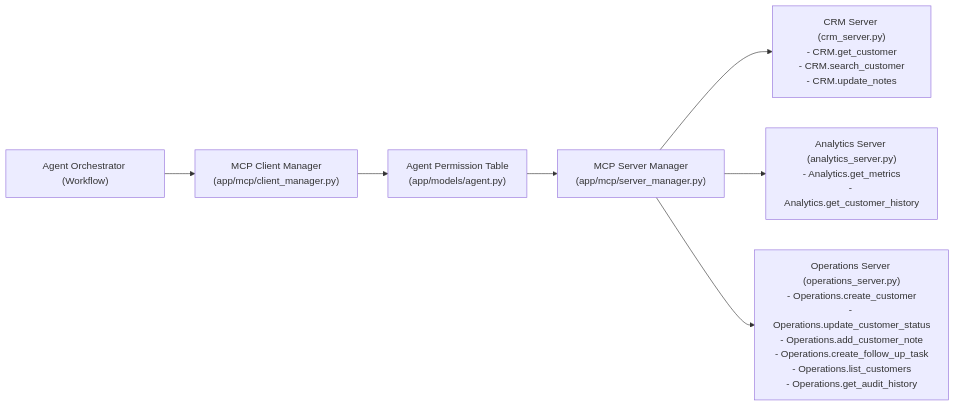
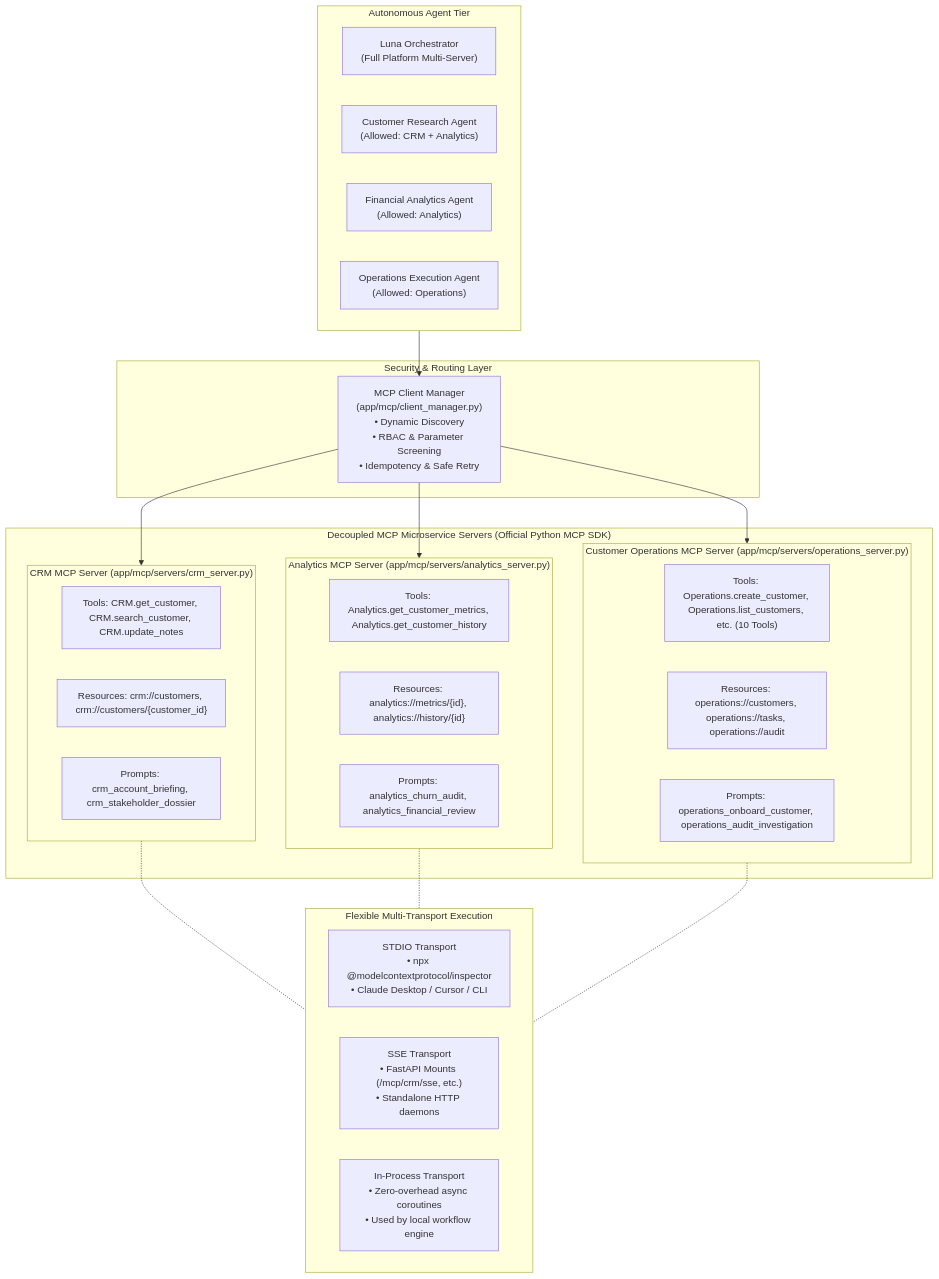
Before and after one commit to amanthakur3806-afk/update-project: the second of 13 diagrams in ai.md, drawn with Mermaid. The commit also changed other lines of this file and 46 other files, not shown here.

````diff
--- a/ai.md
+++ b/ai.md
@@ -162,10 +167,49 @@
 ```mermaid
-flowchart LR
-    Agent["Agent Orchestrator (Workflow)"] --> ClientMgr["MCP Client Manager\n(app/mcp/client_manager.py)"]
-    ClientMgr --> Permissions["Agent Permission Table\n(app/models/agent.py)"]
-    Permissions --> ServerMgr["MCP Server Manager\n(app/mcp/server_manager.py)"]
-    
-    ServerMgr --> CRM["CRM Server (crm_server.py)\n- CRM.get_customer\n- CRM.search_customer\n- CRM.update_notes"]
-    ServerMgr --> Analytics["Analytics Server (analytics_server.py)\n- Analytics.get_metrics\n- Analytics.get_customer_history"]
-    ServerMgr --> Operations["Operations Server (operations_server.py)\n- Operations.create_customer\n- Operations.update_customer_status\n- Operations.add_customer_note\n- Operations.create_follow_up_task\n- Operations.list_customers\n- Operations.get_audit_history"]
+flowchart TD
+    subgraph MultiAgent["Autonomous Agent Tier"]
+        Luna["Luna Orchestrator\n(Full Platform Multi-Server)"]
+        ResearchAgent["Customer Research Agent\n(Allowed: CRM + Analytics)"]
+        FinanceAgent["Financial Analytics Agent\n(Allowed: Analytics)"]
+        OpsAgent["Operations Execution Agent\n(Allowed: Operations)"]
+    end
+
+    subgraph SecurityTier["Security & Routing Layer"]
+        ClientMgr["MCP Client Manager\n(app/mcp/client_manager.py)\n• Dynamic Discovery\n• RBAC & Parameter Screening\n• Idempotency & Safe Retry"]
+    end
+
+    MultiAgent --> ClientMgr
+
+    subgraph DiscreteServers["Decoupled MCP Microservice Servers (Official Python MCP SDK)"]
+        subgraph CRMServer["CRM MCP Server (app/mcp/servers/crm_server.py)"]
+            CRM_Tools["Tools: CRM.get_customer, CRM.search_customer, CRM.update_notes"]
+            CRM_Res["Resources: crm://customers, crm://customers/{customer_id}"]
+            CRM_Prompts["Prompts: crm_account_briefing, crm_stakeholder_dossier"]
+        end
+
+        subgraph AnalyticsServer["Analytics MCP Server (app/mcp/servers/analytics_server.py)"]
+            Ana_Tools["Tools: Analytics.get_customer_metrics, Analytics.get_customer_history"]
+            Ana_Res["Resources: analytics://metrics/{id}, analytics://history/{id}"]
+            Ana_Prompts["Prompts: analytics_churn_audit, analytics_financial_review"]
+        end
+
+        subgraph OpsServer["Customer Operations MCP Server (app/mcp/servers/operations_server.py)"]
+            Ops_Tools["Tools: Operations.create_customer, Operations.list_customers, etc. (10 Tools)"]
+            Ops_Res["Resources: operations://customers, operations://tasks, operations://audit"]
+            Ops_Prompts["Prompts: operations_onboard_customer, operations_audit_investigation"]
+        end
+    end
+
+    ClientMgr --> CRMServer
+    ClientMgr --> AnalyticsServer
+    ClientMgr --> OpsServer
+
+    subgraph Transports["Flexible Multi-Transport Execution"]
+        T_STDIO["STDIO Transport\n• npx @modelcontextprotocol/inspector\n• Claude Desktop / Cursor / CLI"]
+        T_SSE["SSE Transport\n• FastAPI Mounts (/mcp/crm/sse, etc.)\n• Standalone HTTP daemons"]
+        T_INPROC["In-Process Transport\n• Zero-overhead async coroutines\n• Used by local workflow engine"]
+    end
+
+    CRMServer -.- Transports
+    AnalyticsServer -.- Transports
+    OpsServer -.- Transports
 ```
````
